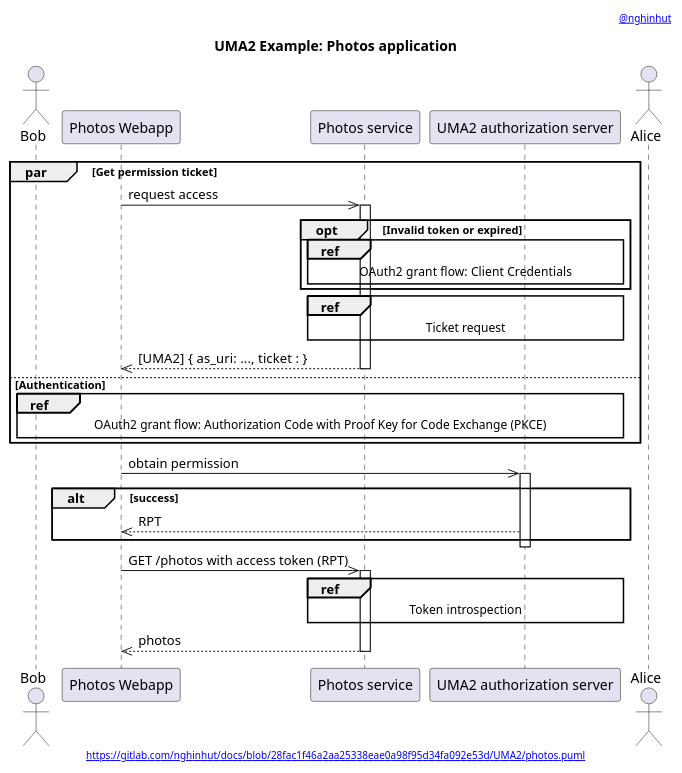
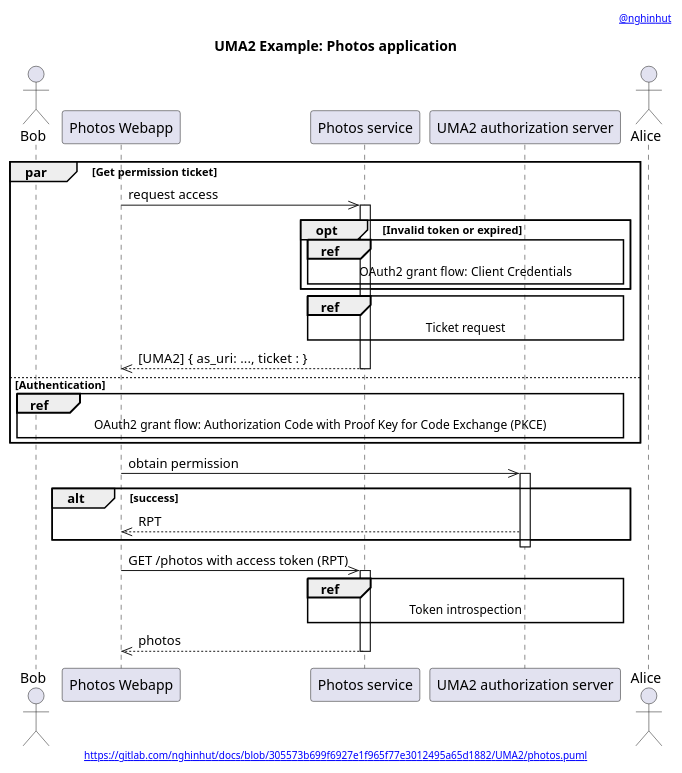
The diagram in UMA2/photos.apps.puml (nghinhut/docs), drawn with PlantUML before and after one commit. The commit also changed 17 other files, not shown here.

Commit message:
Update diagrams

```diff
--- a/UMA2/photos.apps.puml
+++ b/UMA2/photos.apps.puml
@@ -1,43 +1,43 @@
 @startuml
 '-----START auto generated metadata please keep comment here to allow auto update-----
 '-----DON'T EDIT THIS SECTION, INSTEAD RE-RUN prebuild.sh TO UPDATE-----
-header [[www.nghinhut.dev?from=http%5C%3A%5C%2F%5C%2Fwww%5C.plantuml%5C.com%5C%2Fplantuml%5C%2Fproxy%3Ffmt%3Dsvg%5C%26src%3Dhttps%5C%3A%5C%2F%5C%2Fgitlab%5C.com%5C%2Fnghinhut%5C%2Fdocs%5C%2Fraw%5C%2F28fac1f46a2aa25338eae0a98f95d34fa092e53d%5C%2FUMA2%5C%2Fphotos%5C.puml%0A @nghinhut]]
-footer [[http://www.plantuml.com/plantuml/proxy?fmt=svg&src=https://gitlab.com/nghinhut/docs/raw/28fac1f46a2aa25338eae0a98f95d34fa092e53d/UMA2/photos.puml https://gitlab.com/nghinhut/docs/blob/28fac1f46a2aa25338eae0a98f95d34fa092e53d/UMA2/photos.puml]]
+header [[www.nghinhut.dev?from=http%5C%3A%5C%2F%5C%2Fwww%5C.plantuml%5C.com%5C%2Fplantuml%5C%2Fproxy%3Ffmt%3Dsvg%5C%26src%3Dhttps%5C%3A%5C%2F%5C%2Fgitlab%5C.com%5C%2Fnghinhut%5C%2Fdocs%5C%2Fraw%5C%2F305573b699f6927e1f965f77e3012495a65d1882%5C%2FUMA2%5C%2Fphotos%5C.puml%0A @nghinhut]]
+footer [[http://www.plantuml.com/plantuml/proxy?fmt=svg&src=https://gitlab.com/nghinhut/docs/raw/305573b699f6927e1f965f77e3012495a65d1882/UMA2/photos.puml https://gitlab.com/nghinhut/docs/blob/305573b699f6927e1f965f77e3012495a65d1882/UMA2/photos.puml]]
 '-----END auto generated metadata please keep comment here to allow auto update-----
 title UMA2 Example: Photos application
 
 actor "Bob" as rp
 participant "Photos Webapp" as client
 participant "Photos service" as rs
 participant "UMA2 authorization server" as as
 actor "Alice" as ro
 
 par Get permission ticket
     client ->> rs : request access
     activate rs
 
     opt Invalid token or expired
         ref over rs, as : OAuth2 grant flow: Client  Credentials
     end
 
     ref over rs, as : Ticket request
 
     client <<-- rs : [UMA2] { as_uri: ...,  ticket : }
     deactivate rs
 else Authentication
     ref over rp, as : OAuth2 grant flow: Authorization Code with Proof Key for Code Exchange (PKCE)
 end
 
 client ->> as : obtain permission
 activate as
 alt success
 client <<-- as : RPT
 end
 deactivate as
 
 client ->> rs : GET /photos with access token (RPT)
 activate rs
 ref over rs, as : Token introspection
 client <<-- rs : photos
 deactivate rs
 @enduml
```
